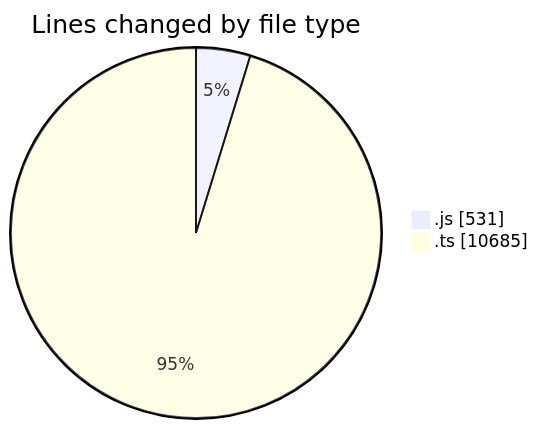
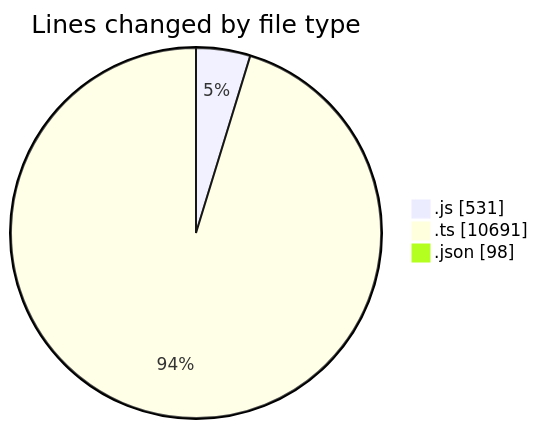
One commit to momahboobian/code-tracking changed the first of 2 diagrams in 2025-05-29/cda/README.md. Above: the diagram before and after it, drawn with Mermaid. The commit also changed other lines of this file and 1 other file, not shown here.

````diff
--- a/2025-05-29/cda/README.md
+++ b/2025-05-29/cda/README.md
@@ -23,6 +24,7 @@
 ```mermaid
 pie showData
 title Lines changed by file type
 ".js" : 531
-".ts" : 10685
+".ts" : 10691
+".json" : 98
 ```
````
